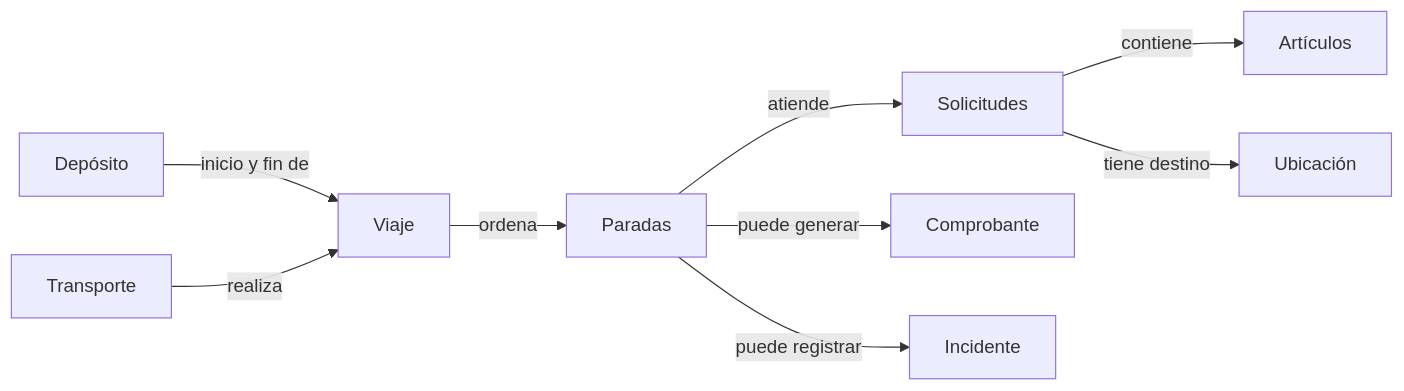
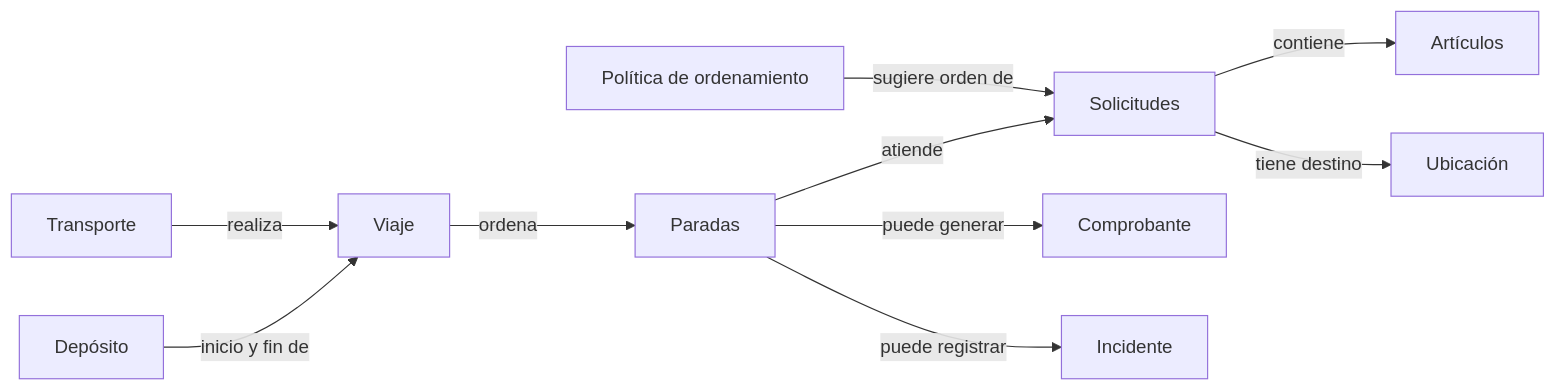
The first of 2 diagrams in README.md (luduran-design/tp-optimizacion-logistica-urbana), drawn with Mermaid before and after one commit. The commit also changed other lines of this file, not shown here.

First line of the commit message:
agregado de ordenamiento y especificaciones

````diff
--- a/README.md
+++ b/README.md
@@ -37,11 +39,12 @@
 ```mermaid
 flowchart LR
     D[Depósito] -->|inicio y fin de| V[Viaje]
     T[Transporte] -->|realiza| V
     V -->|ordena| P[Paradas]
     P -->|atiende| S[Solicitudes]
     S -->|contiene| A[Artículos]
     S -->|tiene destino| U[Ubicación]
     P -->|puede generar| C[Comprobante]
     P -->|puede registrar| I[Incidente]
+    PO[Política de ordenamiento] -->|sugiere orden de| S
 ```
````
